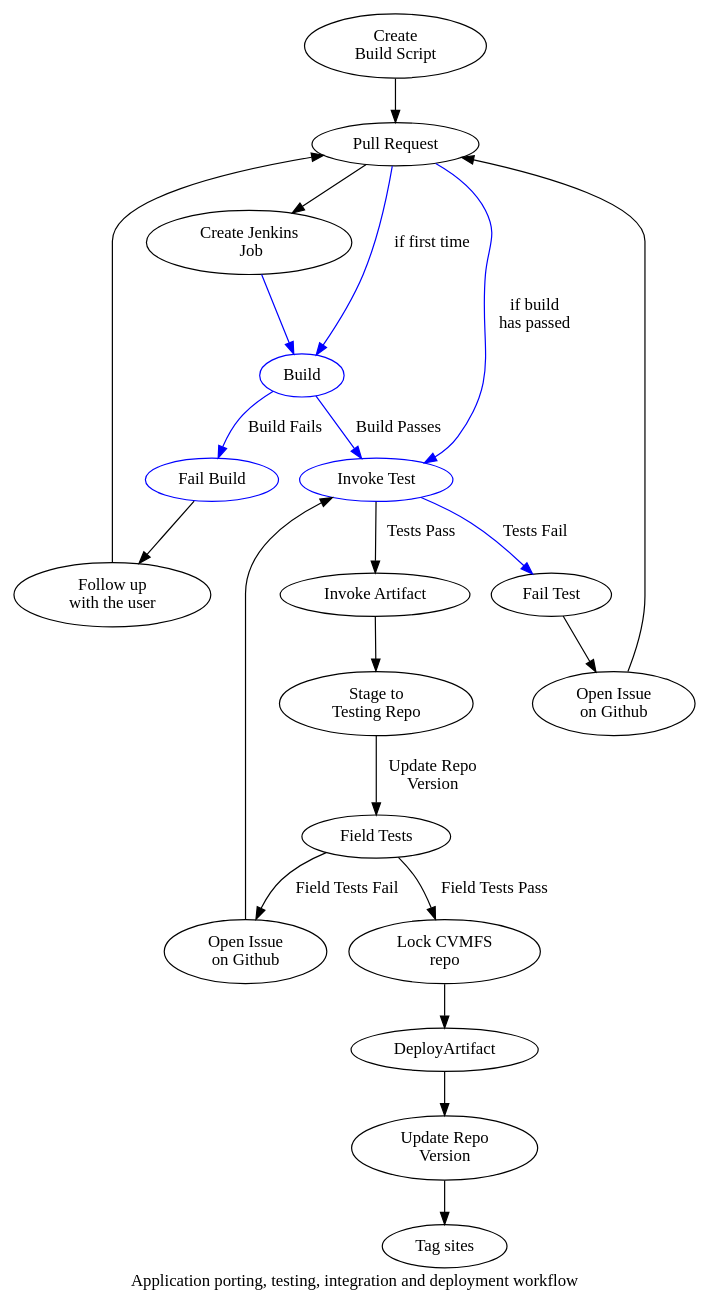
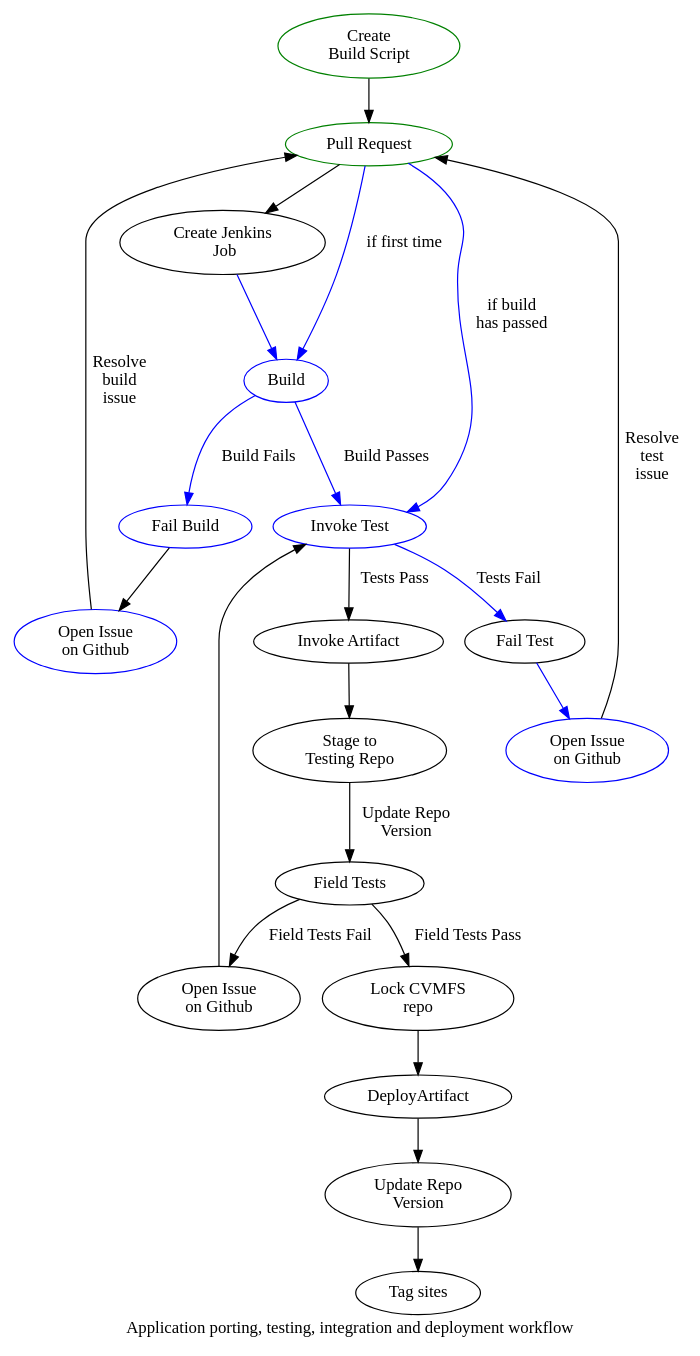
One commit to SAGridOps/SoftwareInstallation changed the diagram in doc/PortingWorkflow.dot. Above: the diagram before and after it, drawn with Graphviz. The commit also changed 4 other files, not shown here.

```diff
--- a/doc/PortingWorkflow.dot
+++ b/doc/PortingWorkflow.dot
@@ -1,79 +1,88 @@
 ###############################################
 # Africa-Arabia Regional Operations Centre
 # This source code is under the copyright of the CSIR.
 # Title                   : PortingWorkflow.dot
 # First Author            : Bruce Becker
 # Institute               : CSIR Meraka Insitute
 ###############################################
 #
 # This describes the workflow that new applications follow when
 # proposed for integration into the SAGrid CVMFS repository.
 #
 # The procedure is essentially
 # Propose -> Build -> Test -> Deploy -> Tag
 # There are branches for failure and success at each of these
 # major nodes
 
+
+############################################################
+# Who does what ?
+############################################################
 # Certain tasks have to be done by humans, while others are
 # done by spiffy robots, like Jenkins or webhooks.
-# Manual tasks are shown in fat black arrows, while
-# Automated tasks are shown in fat blue arrows
+# Manual tasks are shown in black arrows, while
+# Automated tasks are shown in blue arrows.
+
+# Tasks are represented by vertices on the graph, with differing colors depending on whow has to do whatL
+# Black : SAGridOps
+# Green : User/Developer
+# Blue : Some robot, usually Jenkins
 
 digraph G{
 label = "Application porting, testing, integration and deployment workflow"
-aize = "4,4";
+#aize = "4,4";
 
 # First, we define all the vertices
 # Each vertex implies an action, so we want to create links to the documentaiton
 # of that action. What does the user and the developer need to know ?
 
-BuildScript          [label="Create \n Build Script"       URL="docs/Build.md"];
-PullRequest          [label="Pull Request"       URL="docs/PullRequest.md"];
-CreateJenkinsJob    [label="Create Jenkins\n  Job" URL="docs/JenkinsJob.md"];
+BuildScript          [label="Create \n Build Script"       URL="docs/Build.md" color="green"];
+PullRequest          [label="Pull Request"       URL="docs/PullRequest.md"     color="green"];
+CreateJenkinsJob    [label="Create Jenkins\n  Job" URL="docs/JenkinsJob.md"    color="black"];
 Build               [label="Build"              URL="docs/Build.md"           color="blue"];
 FailBuild           [label="Fail Build"         URL="docs/FailBuild.md"       color="blue"];
-UserContactBuild    [label="Follow up \n with the user"  URL="docs/UserBuildFollowup.md" color="black"];
+UserContactBuild    [label="Open Issue\n on Github"  URL="docs/UserBuildFollowup.md" color="blue"];
 InvokeTest          [label="Invoke Test"        URL="docs/InvokeTest.md"      color="blue"];
 FailTest            [label="Fail Test"          URL="docs/FailTest.md"];
-UserContactTest     [label="Open Issue\n on Github"  URL="docs/UserTestFollowup.md"   color="black"];
+UserContactTest     [label="Open Issue\n on Github"  URL="docs/UserTestFollowup.md"   color="blue"];
 InvokeArtifact      [label="Invoke Artifact"    URL="docs/InvokeArtifact.md"];
 StageToTesting      [label="Stage to\n Testing Repo" color="black"];
 FieldTests          [label="Field Tests" color="black"];
 RepoLock            [label="Lock CVMFS \n repo" color="black"];
 FollowUpSites       [label="Open Issue\n on Github" color="black"]
 RepoUpdate          [label="Update Repo\n Version" color="black"]
 SiteTag             [label="Tag sites" color="black"]
 
 # Start with the Proposal branch - the main branch
 BuildScript -> PullRequest                 [color="black"];
 PullRequest -> CreateJenkinsJob            [color="black"];
 PullRequest -> Build                       [label="if first time" color="blue"];
 PullRequest -> InvokeTest                  [label="if build \n has passed" color="blue"];
 # Once the Jenkins job has been created, we proceed to build
 CreateJenkinsJob -> Build                 [color="blue"];
 Build -> InvokeTest                        [label="Build Passes" color="blue"];
 Build -> FailBuild                         [label="Build Fails" color="blue"];
 FailBuild -> UserContactBuild              [color="black"];
-UserContactBuild -> PullRequest            [color="black"];
+UserContactBuild -> PullRequest            [label="Resolve\n build\n issue" color="black"];
 
 # We now start the workflow branch that results from a successful build
 InvokeTest -> InvokeArtifact              [label="Tests Pass" color="black"];
 InvokeTest -> FailTest                    [label="Tests Fail" color="blue"];
-FailTest -> UserContactTest               [color="black"];
-UserContactTest -> PullRequest            [color="black"];
+FailTest -> UserContactTest               [color="blue"];
+UserContactTest -> PullRequest            [label="Resolve\n test\n issue" color="black"];
 
 # We now start the workflow that starts from a successful test
 InvokeArtifact -> StageToTesting;
 StageToTesting -> FieldTests [label="Update Repo\n Version"];
 FieldTests -> RepoLock [label="Field Tests Pass" color="black"];
 FieldTests -> FollowUpSites [label="Field Tests Fail"];
 FollowUpSites -> InvokeTest;
 RepoLock -> DeployArtifact;
 DeployArtifact -> RepoUpdate;
 RepoUpdate -> SiteTag;
 # At this point the application is in the CVMFS repository and is available at all sites which mount that repo
 
 ###################################################
 # Build Failed Branch
 ###################################################
 }
```
